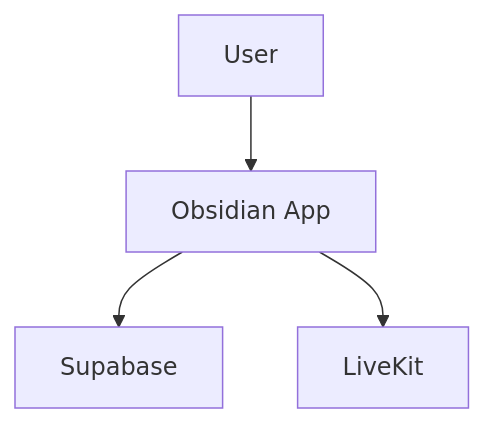
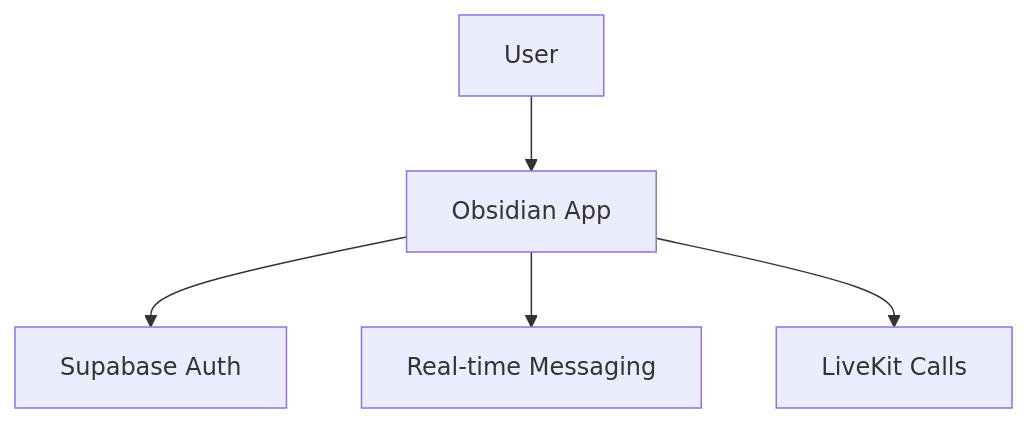
Before and after one commit to Code2With-Pratik/Obsidian-safe-and-secure: the diagram in README.md, drawn with Mermaid.

````diff
--- a/README.md
+++ b/README.md
@@ -6,6 +6,7 @@
 ```mermaid
 flowchart TD
-    A["User"] --> B["Obsidian App"]
-    B --> C["Supabase"]
-    B --> D["LiveKit"]
+    A[User] --> B[Obsidian App]
+    B --> C[Supabase Auth]
+    B --> D[Real-time Messaging]
+    B --> E[LiveKit Calls]
 ```
````
